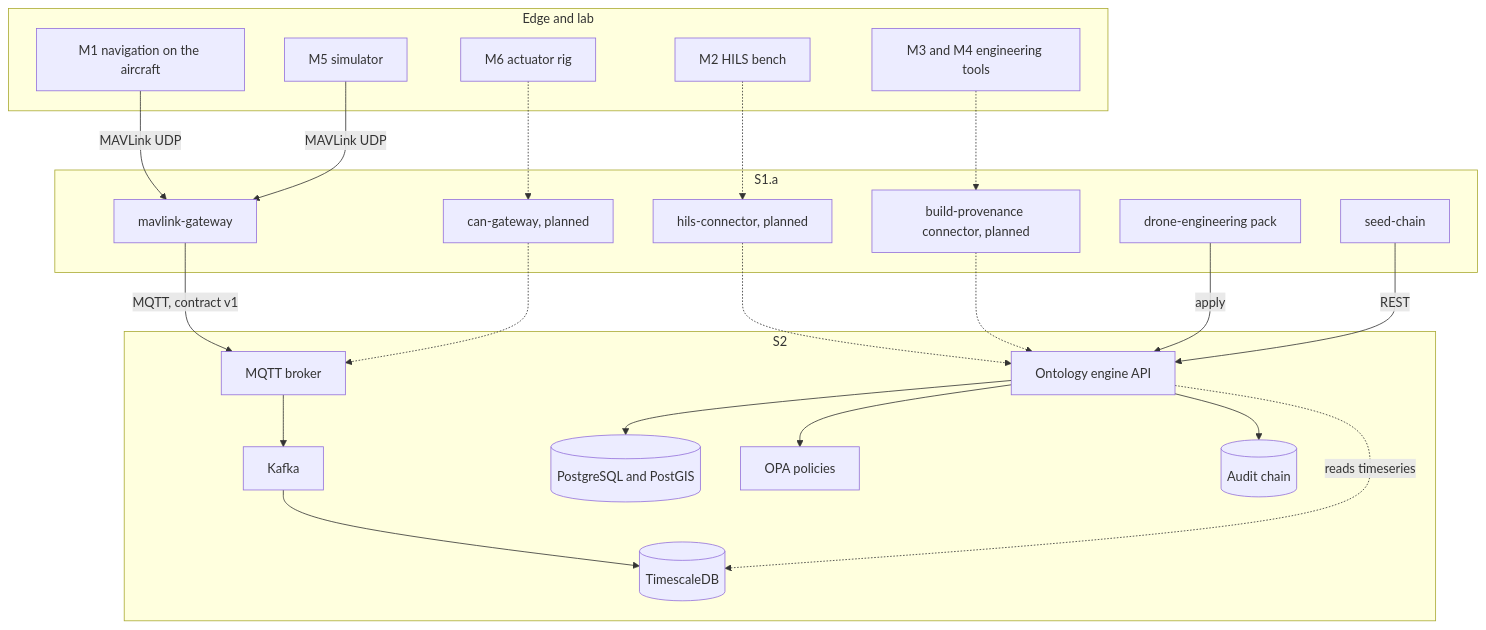
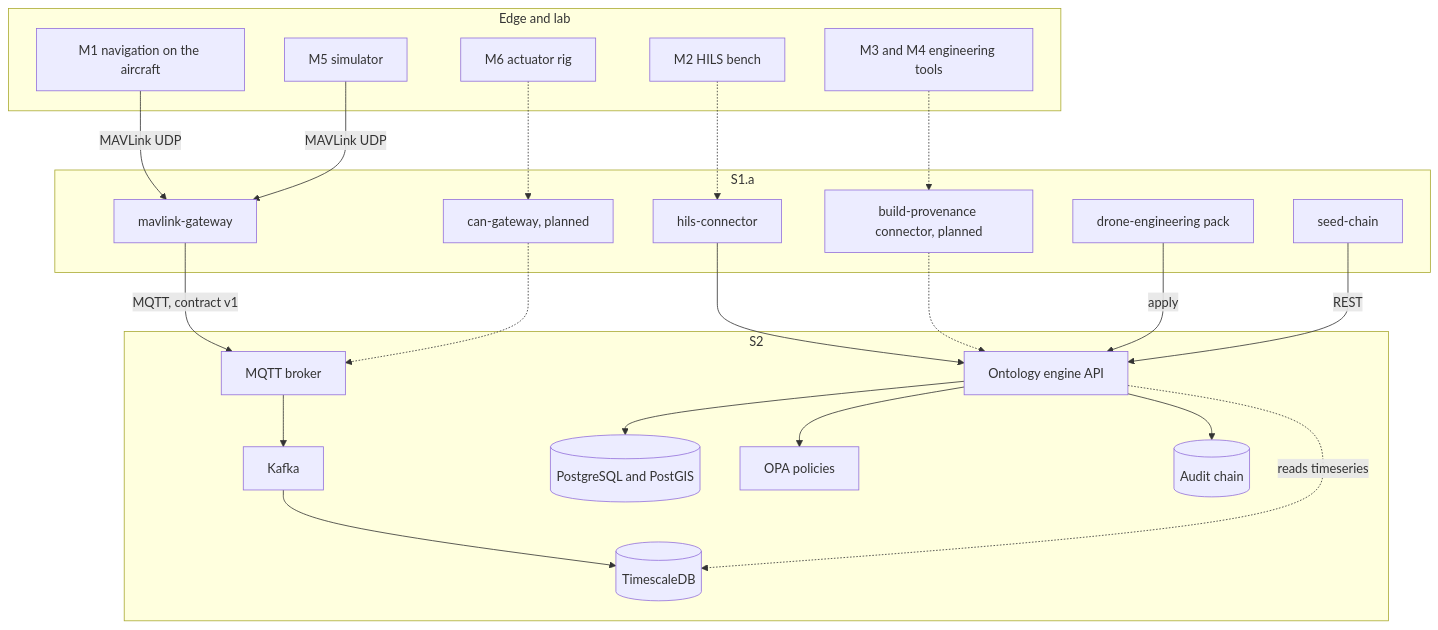
One commit to veerendra-saraswathi/S1.a changed the first of 3 diagrams in docs/architecture.md. Above: the diagram before and after it, drawn with Mermaid. The commit also changed other lines of this file and 19 other files, not shown here.

First line of the commit message:
Add the HILS connector and the bench report contract

````diff
--- a/docs/architecture.md
+++ b/docs/architecture.md
@@ -22,39 +22,39 @@
 ```mermaid
 flowchart TB
     subgraph Edge["Edge and lab"]
         M1[M1 navigation on the aircraft]
         M2[M2 HILS bench]
         M6[M6 actuator rig]
         M5[M5 simulator]
         M34[M3 and M4 engineering tools]
     end
     subgraph S1a["S1.a"]
         GW[mavlink-gateway]
-        HC[hils-connector, planned]
+        HC[hils-connector]
         CC[can-gateway, planned]
         BC[build-provenance connector, planned]
         PACK[drone-engineering pack]
         SEED[seed-chain]
     end
     subgraph S2["S2"]
         MQ[MQTT broker]
         K[Kafka]
         TSDB[(TimescaleDB)]
         ENG[Ontology engine API]
         PG[(PostgreSQL and PostGIS)]
         OPA[OPA policies]
         AUD[(Audit chain)]
     end
     M1 -- MAVLink UDP --> GW
     M5 -- MAVLink UDP --> GW
     GW -- MQTT, contract v1 --> MQ --> K --> TSDB
-    M2 -.-> HC -.-> ENG
+    M2 -.-> HC --> ENG
     M6 -.-> CC -.-> MQ
     M34 -.-> BC -.-> ENG
     PACK -- apply --> ENG
     SEED -- REST --> ENG
     ENG --> PG
     ENG --> OPA
     ENG --> AUD
     ENG -. reads timeseries .-> TSDB
 ```
````
